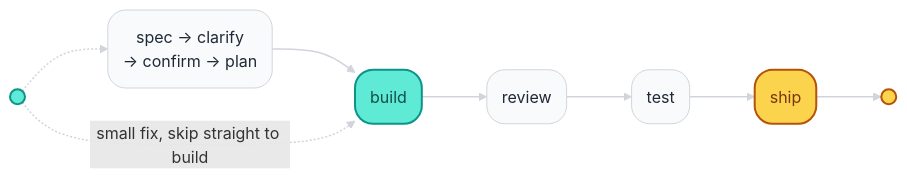
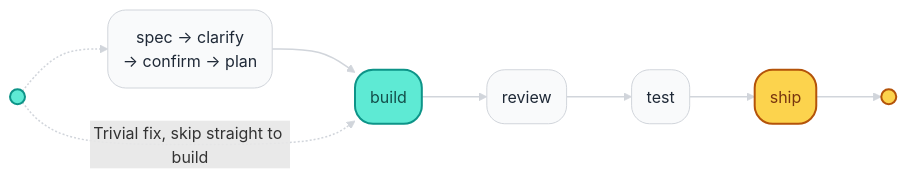
The diagram in README.md (ninhlee99/dev-workflow), drawn with Mermaid before and after one commit. The commit also changed other lines of this file and 9 other files, not shown here.

````diff
--- a/README.md
+++ b/README.md
@@ -48,11 +48,11 @@
 ```mermaid
 %%{init: {"flowchart": {"curve": "basis", "nodeSpacing": 45, "rankSpacing": 65}}}%%
 flowchart LR
     start((" ")):::fast -.-> spec("spec → clarify\n→ confirm → plan"):::default --> build("build"):::fast --> review("review"):::default --> test("test"):::default --> ship("ship"):::gate --> audit((" ")):::gate
-    start -. small fix, skip straight to build .-> build
+    start -. Trivial fix, skip straight to build .-> build
 
     classDef default fill:#f9fafb,stroke:#d1d5db,stroke-width:1px,color:#1f2937,rx:18,ry:18;
     classDef fast fill:#5eead4,stroke:#0d9488,stroke-width:2px,color:#134e4a;
     classDef gate fill:#fcd34d,stroke:#b45309,stroke-width:2px,color:#78350f;
     linkStyle default stroke:#d1d5db,stroke-width:1.5px
 ```
````
